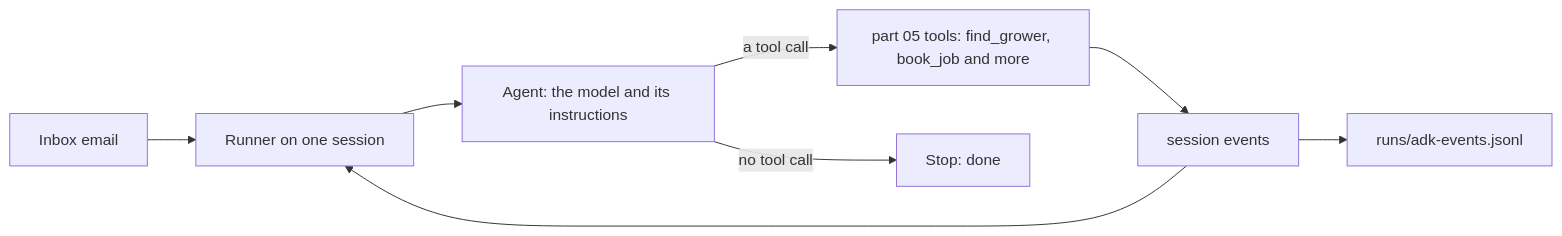
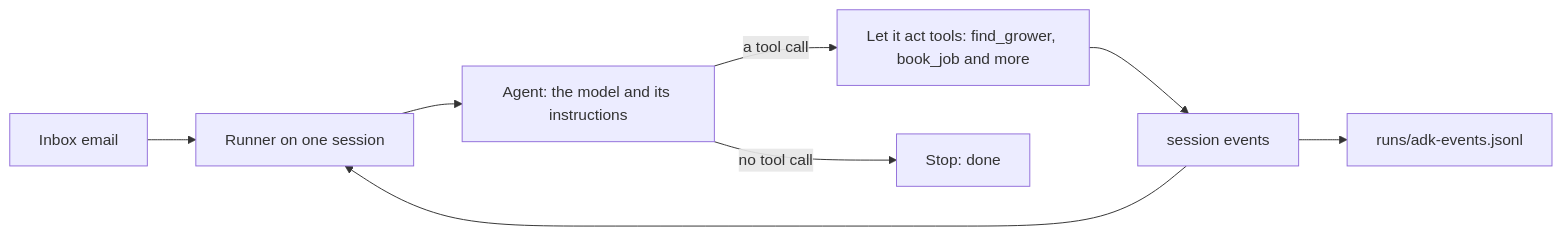
One commit to learnwithparam/applied-ai-cohort changed the diagram in parts/11-run-the-agent-with-google-adk/README.md. Above: the diagram before and after it, drawn with Mermaid. The commit also changed other lines of this file and 29 other files, not shown here.

````diff
--- a/parts/11-run-the-agent-with-google-adk/README.md
+++ b/parts/11-run-the-agent-with-google-adk/README.md
@@ -25,10 +25,10 @@
 ```mermaid
 flowchart LR
   A["Inbox email"] --> B["Runner on one session"]
   B --> C["Agent: the model and its instructions"]
-  C -- "a tool call" --> D["part 05 tools: find_grower, book_job and more"]
+  C -- "a tool call" --> D["Let it act tools: find_grower, book_job and more"]
   D --> E["session events"]
   E --> B
   C -- "no tool call" --> F["Stop: done"]
   E --> G["runs/adk-events.jsonl"]
 ```
````
